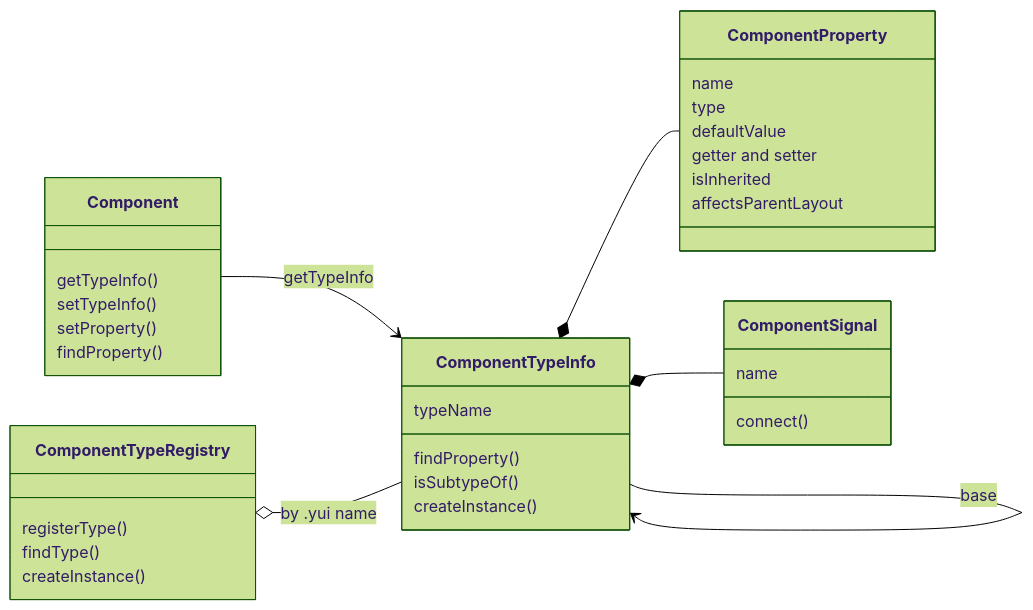
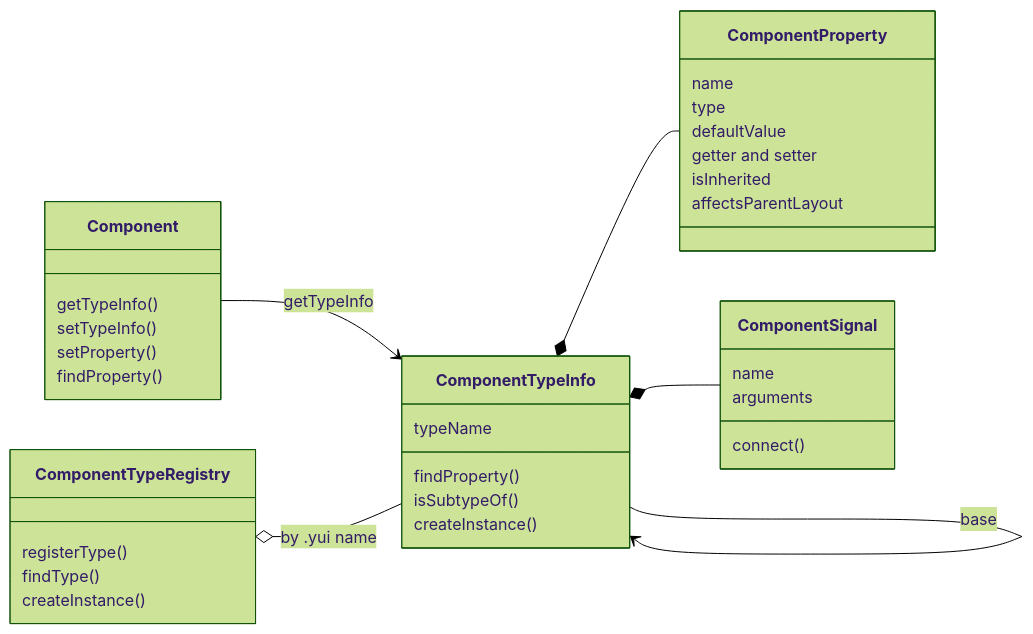
Before and after one commit to kunitoki/yup: the second of 10 diagrams in docs/ui/yui-architecture.md, drawn with Mermaid (forest theme). The commit also changed other lines of this file and 30 other files, not shown here.

````diff
--- a/docs/ui/yui-architecture.md
+++ b/docs/ui/yui-architecture.md
@@ -60,38 +60,39 @@
 ```mermaid
 classDiagram
     direction LR
     class Component {
         getTypeInfo()
         setTypeInfo()
         setProperty()
         findProperty()
     }
     class ComponentTypeInfo {
         typeName
         findProperty()
         isSubtypeOf()
         createInstance()
     }
     class ComponentProperty {
         name
         type
         defaultValue
         getter and setter
         isInherited
         affectsParentLayout
     }
     class ComponentSignal {
         name
+        arguments
         connect()
     }
     class ComponentTypeRegistry {
         registerType()
         findType()
         createInstance()
     }
     Component --> ComponentTypeInfo : getTypeInfo
     ComponentTypeInfo --> ComponentTypeInfo : base
     ComponentTypeInfo *-- ComponentProperty
     ComponentTypeInfo *-- ComponentSignal
     ComponentTypeRegistry o-- ComponentTypeInfo : by .yui name
 ```
````
